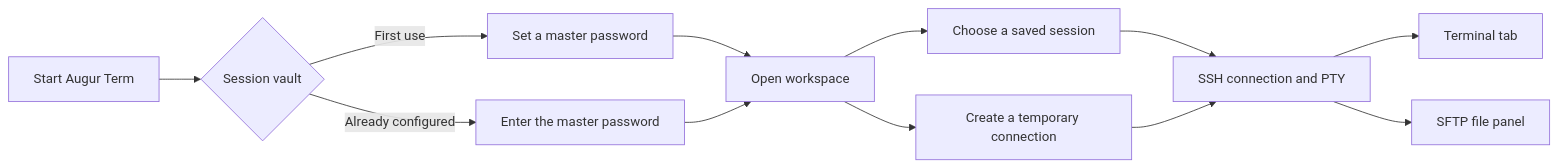
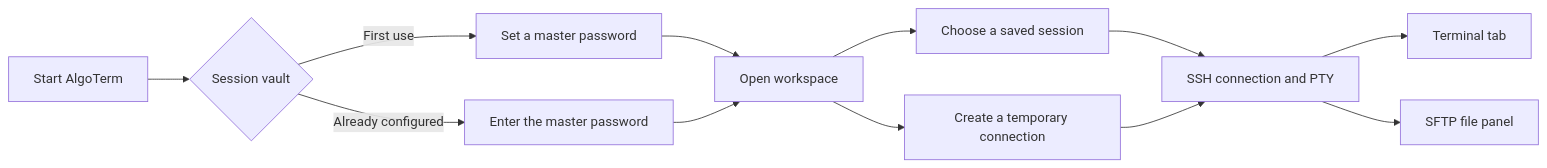
One commit to algosoft-lab/algosoft-lab.github.io changed the diagram in src/docs/en/augur-term.md. Above: the diagram before and after it, drawn with Mermaid. The commit also changed other lines of this file and 14 other files, not shown here.

````diff
--- a/src/docs/en/augur-term.md
+++ b/src/docs/en/augur-term.md
@@ -24,14 +24,14 @@
 ```mermaid
 flowchart LR
-    A[Start Augur Term] --> B{Session vault}
+    A[Start AlgoTerm] --> B{Session vault}
     B -- First use --> C[Set a master password]
     B -- Already configured --> D[Enter the master password]
     C --> E[Open workspace]
     D --> E
     E --> F[Choose a saved session]
     E --> G[Create a temporary connection]
     F --> H[SSH connection and PTY]
     G --> H
     H --> I[Terminal tab]
     H --> J[SFTP file panel]
 ```
````
